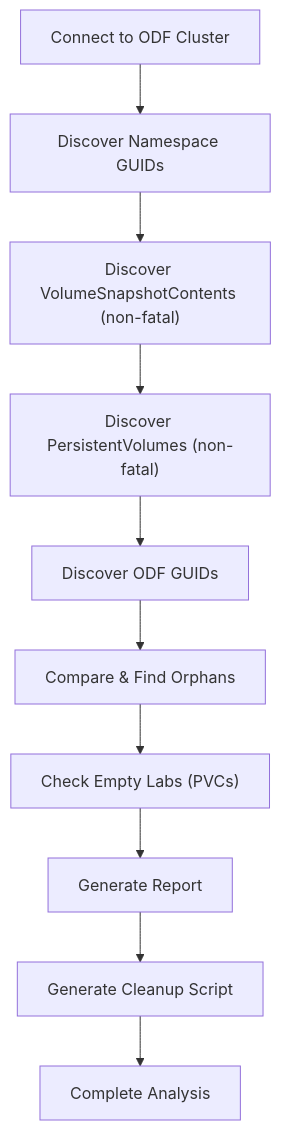
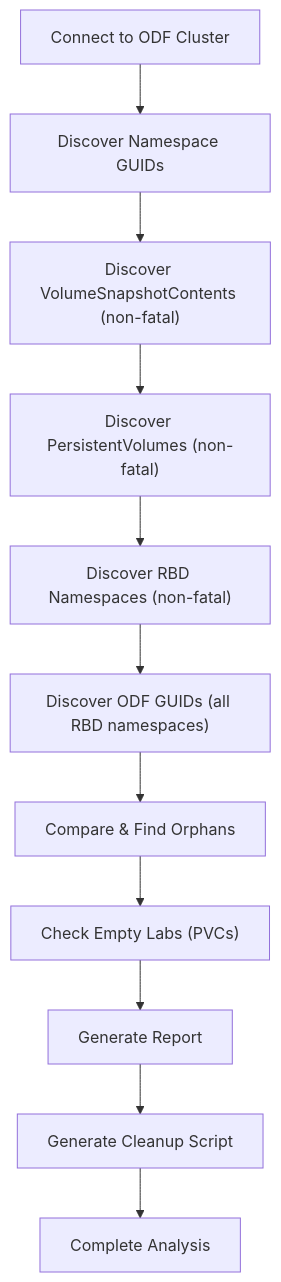
The diagram in Documentation/odf-oc-compare.md (yordangit/odf-cleanup), drawn with Mermaid before and after one commit. The commit also changed other lines of this file and 4 other files, not shown here.

First line of the commit message:
Add RBD namespace awareness to odf-oc-compare and odf-descendant-reaper

````diff
--- a/Documentation/odf-oc-compare.md
+++ b/Documentation/odf-oc-compare.md
@@ -13,12 +13,13 @@
 ```mermaid
 graph TD
     A["Connect to ODF Cluster"] --> B["Discover Namespace GUIDs"]
     B --> B2["Discover VolumeSnapshotContents (non-fatal)"]
     B2 --> B3["Discover PersistentVolumes (non-fatal)"]
-    B3 --> C["Discover ODF GUIDs"]
+    B3 --> B4["Discover RBD Namespaces (non-fatal)"]
+    B4 --> C["Discover ODF GUIDs (all RBD namespaces)"]
     C --> D["Compare & Find Orphans"]
     D --> D2["Check Empty Labs (PVCs)"]
     D2 --> E["Generate Report"]
     E --> F["Generate Cleanup Script"]
     F --> G["Complete Analysis"]
 ```
````
